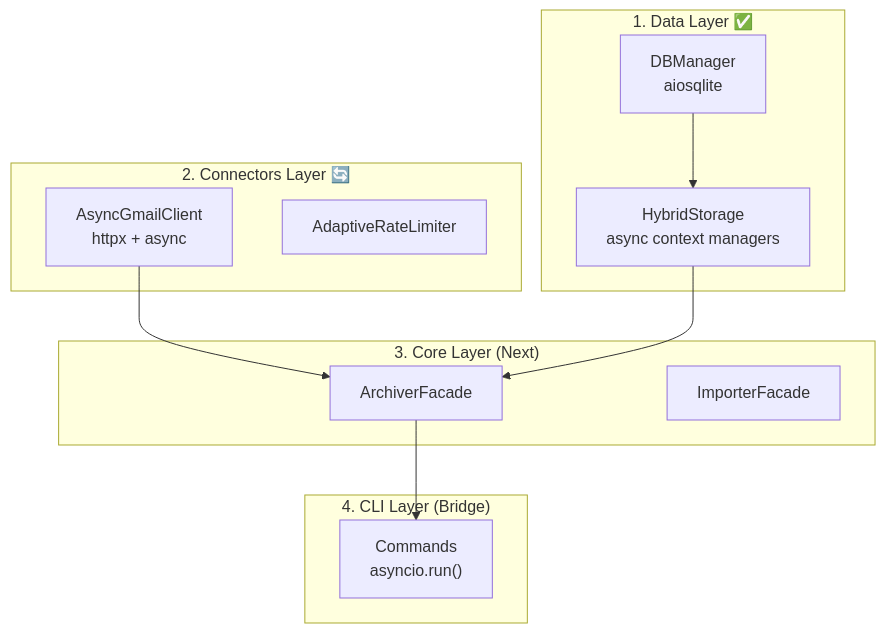
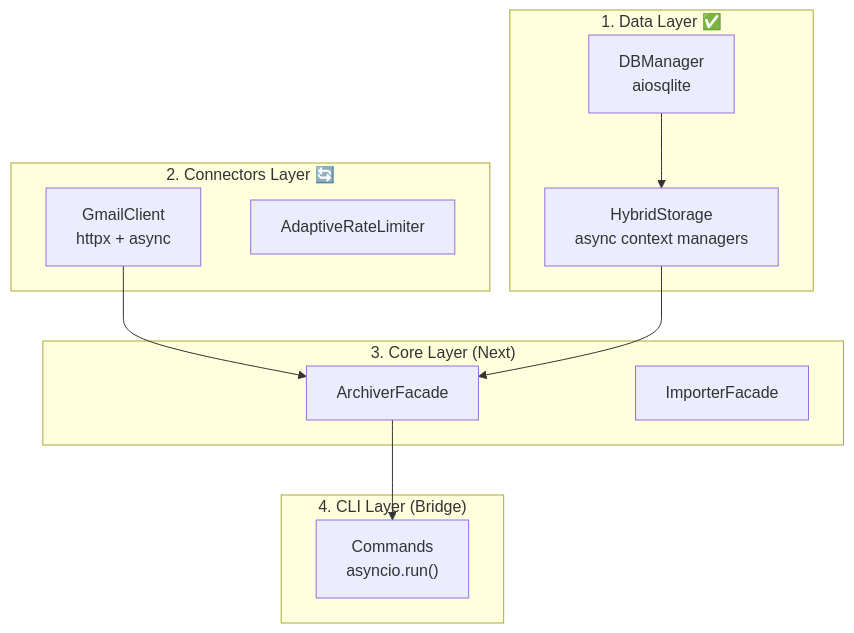
The ninth of 9 diagrams in src/gmailarchiver/connectors/ARCHITECTURE.md (tumma72/GMailArchiver), drawn with Mermaid before and after one commit. The commit also changed other lines of this file and 7 other files, not shown here.

First line of the commit message:
refactor(connectors): Add GmailClient.create() factory method

````diff
--- a/src/gmailarchiver/connectors/ARCHITECTURE.md
+++ b/src/gmailarchiver/connectors/ARCHITECTURE.md
@@ -342,26 +435,26 @@
 ```mermaid
 graph TB
     subgraph "1. Data Layer ✅"
         DB[DBManager<br/>aiosqlite]
         HS[HybridStorage<br/>async context managers]
     end
 
     subgraph "2. Connectors Layer 🔄"
-        GC[AsyncGmailClient<br/>httpx + async]
+        GC[GmailClient<br/>httpx + async]
         RL[AdaptiveRateLimiter]
     end
 
     subgraph "3. Core Layer (Next)"
         ARCH[ArchiverFacade]
         IMP[ImporterFacade]
     end
 
     subgraph "4. CLI Layer (Bridge)"
         CMD["Commands<br/>asyncio.run()"]
     end
 
     DB --> HS
     GC --> ARCH
     HS --> ARCH
     ARCH --> CMD
 ```
````
